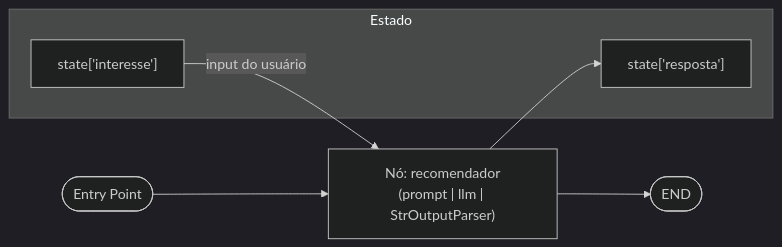
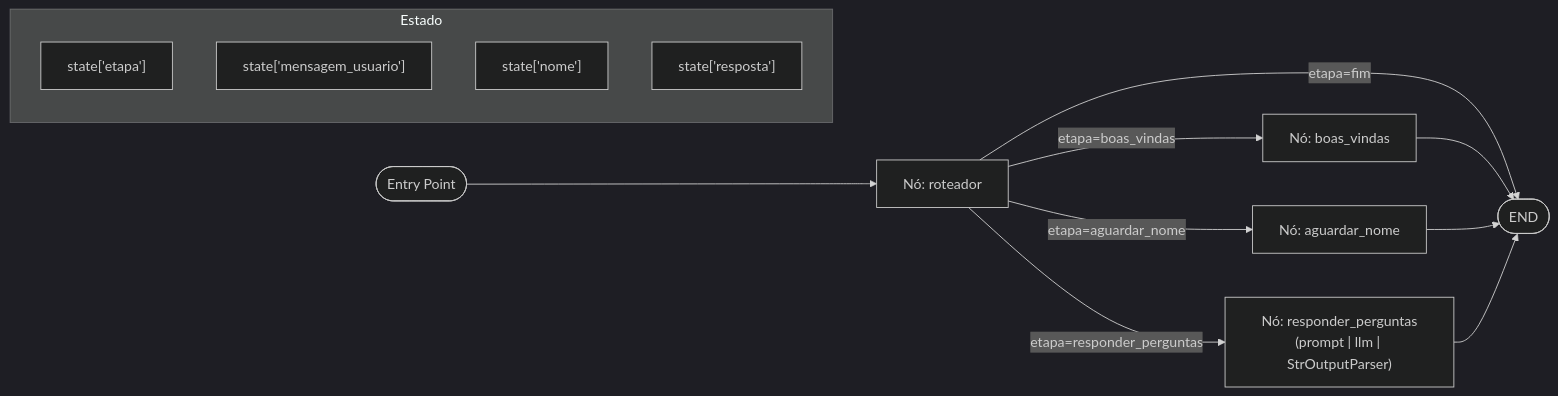
The diagram in dia1/techadvisor/README.md (alinneeleoncio/akcit-camp-2025), drawn with Mermaid (dark theme) before and after one commit. The commit also changed other lines of this file and 2 other files, not shown here.

````diff
--- a/dia1/techadvisor/README.md
+++ b/dia1/techadvisor/README.md
@@ -104,14 +111,21 @@
 ```mermaid
 flowchart LR
-    entry([Entry Point]) --> R["Nó: recomendador<br/>(prompt | llm | StrOutputParser)"]
-    R --> fim([END])
+    entry([Entry Point]) --> ROT["Nó: roteador"]
+    ROT -->|etapa=boas_vindas| BV["Nó: boas_vindas"]
+    ROT -->|etapa=aguardar_nome| AN["Nó: aguardar_nome"]
+    ROT -->|etapa=responder_perguntas| RP["Nó: responder_perguntas<br/>(prompt | llm | StrOutputParser)"]
+    ROT -->|etapa=fim| fim([END])
 
-    %% Anotações de estado (conceituais)
+    %% Turno único por invocação (cada nó retorna ao chamador)
+    BV --> fim
+    AN --> fim
+    RP --> fim
+
+    %% Estado mínimo
     subgraph Estado ["Estado"]
-      I["state['interesse']"] 
-      O["state['resposta']"]
+      E["state['etapa']"]
+      MU["state['mensagem_usuario']"]
+      N["state['nome']"]
+      R["state['resposta']"]
     end
-    
-    I -->|input do usuário| R
-    R --> O
 ```
````
